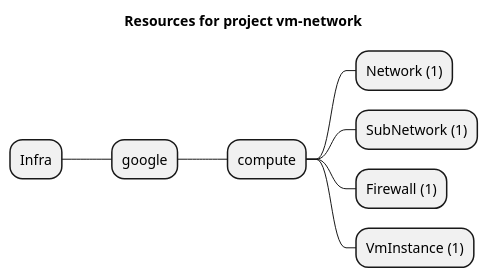
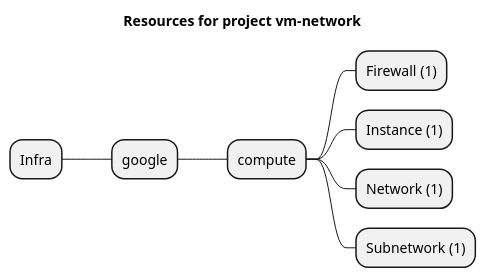
One commit to grucloud/grucloud changed the diagram in examples/google/vm-network/artifacts/resources-mindmap.puml. Above: the diagram before and after it, drawn with PlantUML. The commit also changed 34 other files, not shown here.

```diff
--- a/examples/google/vm-network/artifacts/resources-mindmap.puml
+++ b/examples/google/vm-network/artifacts/resources-mindmap.puml
@@ -1,11 +1,11 @@
 @startmindmap
 title Resources for project vm-network
 skinparam monochrome true
 + Infra
 ++ google
 +++ compute
+++++ Firewall (1)
+++++ Instance (1)
 ++++ Network (1)
-++++ SubNetwork (1)
-++++ Firewall (1)
-++++ VmInstance (1)
+++++ Subnetwork (1)
 @endmindmap
```
